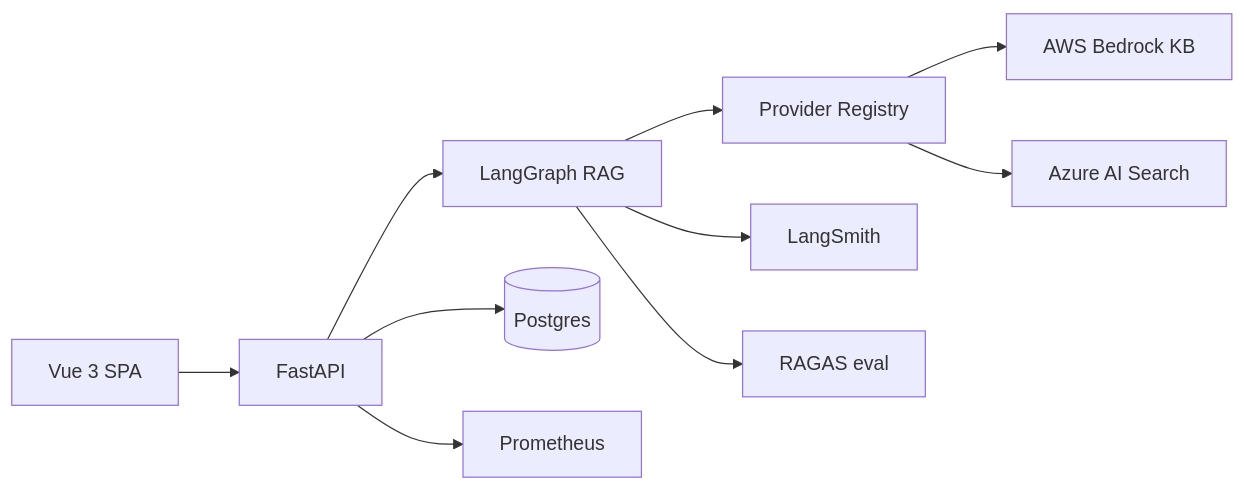
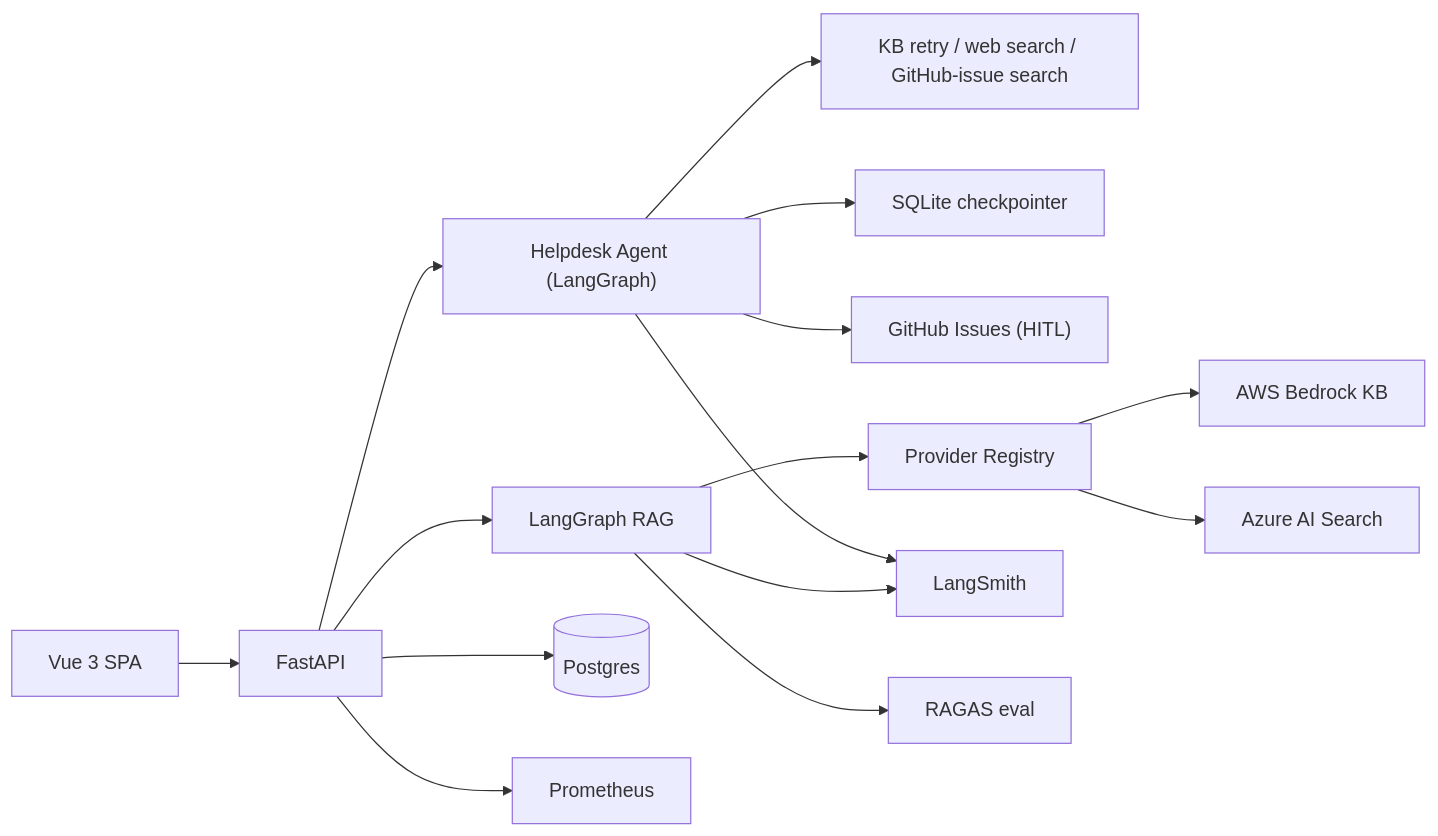
One commit to sandeep-jay/campus-rag-assistant changed the diagram in README.md. Above: the diagram before and after it, drawn with Mermaid. The commit also changed other lines of this file and 36 other files, not shown here.

````diff
--- a/README.md
+++ b/README.md
@@ -59,12 +62,17 @@
 ```mermaid
 flowchart LR
   VueSPA["Vue 3 SPA"] --> FastAPI["FastAPI"]
   FastAPI --> LangGraph["LangGraph RAG"]
+  FastAPI --> HelpdeskAgent["Helpdesk Agent (LangGraph)"]
+  HelpdeskAgent --> AgentTools["KB retry / web search / GitHub-issue search"]
+  HelpdeskAgent --> Checkpoint["SQLite checkpointer"]
+  HelpdeskAgent --> GHIssues["GitHub Issues (HITL)"]
   LangGraph --> Providers["Provider Registry"]
   Providers --> BedrockKB["AWS Bedrock KB"]
   Providers --> AzureAI["Azure AI Search"]
   FastAPI --> Postgres[("Postgres")]
   FastAPI --> Prometheus["Prometheus"]
   LangGraph --> LangSmith["LangSmith"]
+  HelpdeskAgent --> LangSmith
   LangGraph --> RAGAS["RAGAS eval"]
 ```
````
